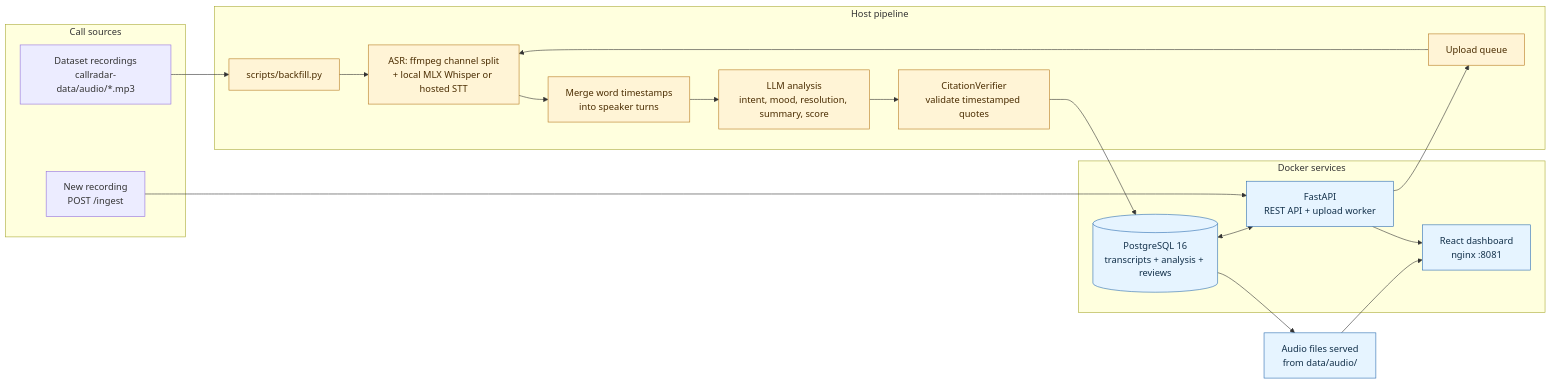
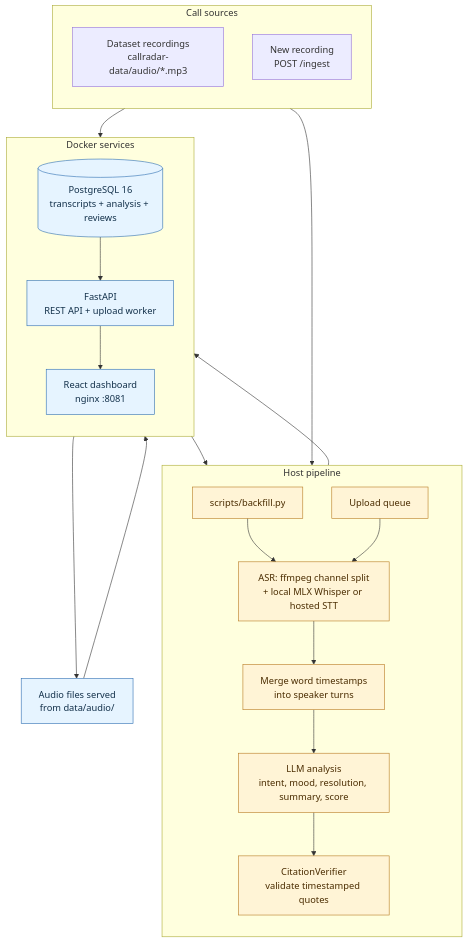
The diagram in README.md (shivrajansingh/call-centre-radar), drawn with Mermaid before and after one commit.

Commit message:
docs: make architecture flow vertical

````diff
--- a/README.md
+++ b/README.md
@@ -20,33 +20,36 @@
 ```mermaid
-flowchart LR
+flowchart TB
     subgraph Sources["Call sources"]
+        direction TB
         Dataset["Dataset recordings<br/>callradar-data/audio/*.mp3"]
         Upload["New recording<br/>POST /ingest"]
     end
 
     subgraph Host["Host pipeline"]
+        direction TB
         Backfill["scripts/backfill.py"]
         Queue["Upload queue"]
         ASR["ASR: ffmpeg channel split<br/>+ local MLX Whisper or hosted STT"]
         Turns["Merge word timestamps<br/>into speaker turns"]
         Analysis["LLM analysis<br/>intent, mood, resolution, summary, score"]
         Verify["CitationVerifier<br/>validate timestamped quotes"]
     end
 
     subgraph Docker["Docker services"]
+        direction TB
         DB[("PostgreSQL 16<br/>transcripts + analysis + reviews")]
         API["FastAPI<br/>REST API + upload worker"]
         UI["React dashboard<br/>nginx :8081"]
     end
 
     Dataset --> Backfill --> ASR
     Upload --> API --> Queue --> ASR
     ASR --> Turns --> Analysis --> Verify --> DB
-    DB <--> API --> UI
+    DB --> API --> UI
     DB --> Audio["Audio files served<br/>from data/audio/"] --> UI
 
     classDef host fill:#fff4d6,stroke:#b7791f,color:#4a2c00
     classDef docker fill:#e6f4ff,stroke:#2b6cb0,color:#12304a
     class Backfill,Queue,ASR,Turns,Analysis,Verify host
     class DB,API,UI,Audio docker
 ```
````
